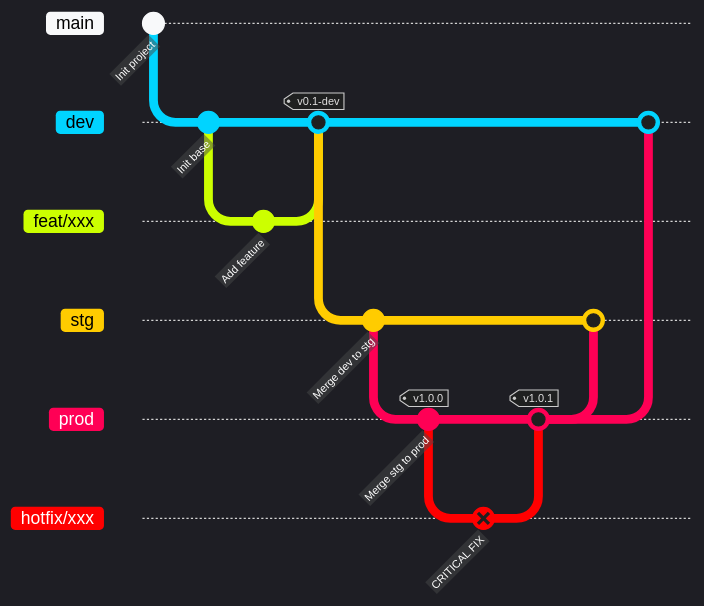
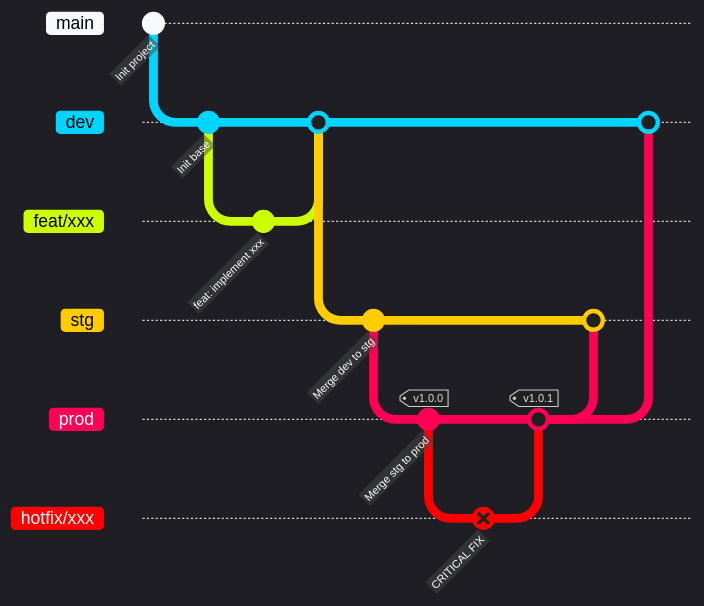
Before and after one commit to nguyenvt-amira/fitness-crm-vercel: the first of 3 diagrams in README.md, drawn with Mermaid. The commit also changed other lines of this file and 2 other files, not shown here.

````diff
--- a/README.md
+++ b/README.md
@@ -265,54 +266,54 @@
 ```mermaid
 %%{init: { 'theme': 'dark', 'themeVariables': {
     'git0': '#f8f9fa',
     'git1': '#00d4ff',
     'git2': '#ccff00',
     'git3': '#ffcc00',
     'git4': '#ff0055',
     'git5': '#ff0000',
     'gitBranchLabel0': '#000000',
     'gitBranchLabel1': '#000000',
     'gitBranchLabel2': '#000000',
     'gitBranchLabel3': '#000000',
     'gitBranchLabel4': '#ffffff',
     'gitBranchLabel5': '#ffffff',
     'commitLabelColor': '#ffffff'
 } } }%%
 gitGraph
     commit id: "Init project"
 
     branch dev
     checkout dev
     commit id: "Init base"
 
     checkout dev
     branch feat/xxx
     checkout feat/xxx
-    commit id: "Add feature"
+    commit id: "feat: implement xxx"
 
     checkout dev
-    merge feat/xxx tag: "v0.1-dev"
+    merge feat/xxx
 
     branch stg
     checkout stg
     commit id: "Merge dev to stg"
 
     branch prod
     checkout prod
     commit id: "Merge stg to prod" tag: "v1.0.0"
 
     checkout prod
-    %% Nhánh hotfix sẽ nhận màu git5 (Đỏ rực)
+    %% hotfixブランチはgit5（赤）の色が適用される
     branch hotfix/xxx
     checkout hotfix/xxx
     commit id: "CRITICAL FIX" type: REVERSE
 
     checkout prod
     merge hotfix/xxx tag: "v1.0.1"
 
     checkout stg
     merge prod
 
     checkout dev
     merge prod
 ```
````
